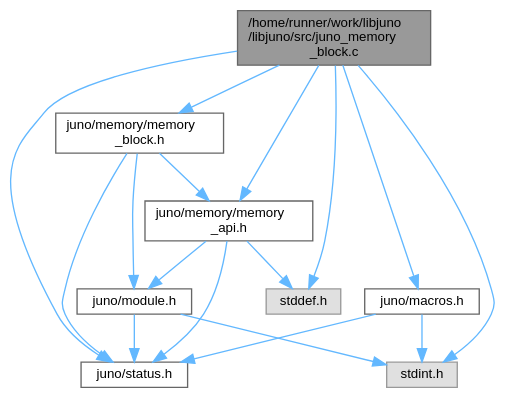
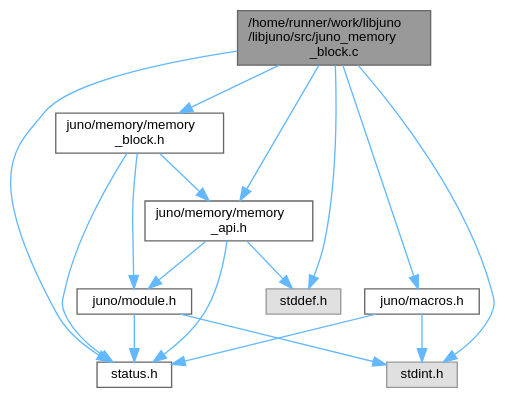
Before and after one commit to robinonsay/libjuno: the diagram in juno__memory__block_8c__incl.dot, drawn with Graphviz. The commit also changed 217 other files, not shown here.

```diff
--- a/juno__memory__block_8c__incl.dot
+++ b/juno__memory__block_8c__incl.dot
@@ -1,31 +1,31 @@
 digraph "/home/runner/work/libjuno/libjuno/src/juno_memory_block.c"
 {
  // LATEX_PDF_SIZE
   bgcolor="transparent";
   edge [fontname=Helvetica,fontsize=10,labelfontname=Helvetica,labelfontsize=10];
   node [fontname=Helvetica,fontsize=10,shape=box,height=0.2,width=0.4];
   Node1 [id="Node000001",label="/home/runner/work/libjuno\l/libjuno/src/juno_memory\l_block.c",height=0.2,width=0.4,color="gray40", fillcolor="grey60", style="filled", fontcolor="black",tooltip=" "];
   Node1 -> Node2 [id="edge1_Node000001_Node000002",color="steelblue1",style="solid",tooltip=" "];
   Node2 [id="Node000002",label="juno/memory/memory\l_block.h",height=0.2,width=0.4,color="grey40", fillcolor="white", style="filled",URL="$memory__block_8h.html",tooltip=" "];
   Node2 -> Node3 [id="edge2_Node000002_Node000003",color="steelblue1",style="solid",tooltip=" "];
   Node3 [id="Node000003",label="juno/module.h",height=0.2,width=0.4,color="grey40", fillcolor="white", style="filled",URL="$module_8h.html",tooltip=" "];
   Node3 -> Node4 [id="edge3_Node000003_Node000004",color="steelblue1",style="solid",tooltip=" "];
-  Node4 [id="Node000004",label="juno/status.h",height=0.2,width=0.4,color="grey40", fillcolor="white", style="filled",URL="$status_8h.html",tooltip=" "];
+  Node4 [id="Node000004",label="status.h",height=0.2,width=0.4,color="grey40", fillcolor="white", style="filled",URL="$status_8h.html",tooltip=" "];
   Node3 -> Node5 [id="edge4_Node000003_Node000005",color="steelblue1",style="solid",tooltip=" "];
   Node5 [id="Node000005",label="stdint.h",height=0.2,width=0.4,color="grey60", fillcolor="#E0E0E0", style="filled",tooltip=" "];
   Node2 -> Node4 [id="edge5_Node000002_Node000004",color="steelblue1",style="solid",tooltip=" "];
   Node2 -> Node6 [id="edge6_Node000002_Node000006",color="steelblue1",style="solid",tooltip=" "];
   Node6 [id="Node000006",label="juno/memory/memory\l_api.h",height=0.2,width=0.4,color="grey40", fillcolor="white", style="filled",URL="$memory__api_8h.html",tooltip=" "];
   Node6 -> Node4 [id="edge7_Node000006_Node000004",color="steelblue1",style="solid",tooltip=" "];
   Node6 -> Node3 [id="edge8_Node000006_Node000003",color="steelblue1",style="solid",tooltip=" "];
   Node6 -> Node7 [id="edge9_Node000006_Node000007",color="steelblue1",style="solid",tooltip=" "];
   Node7 [id="Node000007",label="stddef.h",height=0.2,width=0.4,color="grey60", fillcolor="#E0E0E0", style="filled",tooltip=" "];
   Node1 -> Node8 [id="edge10_Node000001_Node000008",color="steelblue1",style="solid",tooltip=" "];
   Node8 [id="Node000008",label="juno/macros.h",height=0.2,width=0.4,color="grey40", fillcolor="white", style="filled",URL="$macros_8h.html",tooltip=" "];
   Node8 -> Node4 [id="edge11_Node000008_Node000004",color="steelblue1",style="solid",tooltip=" "];
   Node8 -> Node5 [id="edge12_Node000008_Node000005",color="steelblue1",style="solid",tooltip=" "];
   Node1 -> Node4 [id="edge13_Node000001_Node000004",color="steelblue1",style="solid",tooltip=" "];
   Node1 -> Node6 [id="edge14_Node000001_Node000006",color="steelblue1",style="solid",tooltip=" "];
   Node1 -> Node7 [id="edge15_Node000001_Node000007",color="steelblue1",style="solid",tooltip=" "];
   Node1 -> Node5 [id="edge16_Node000001_Node000005",color="steelblue1",style="solid",tooltip=" "];
 }
```
